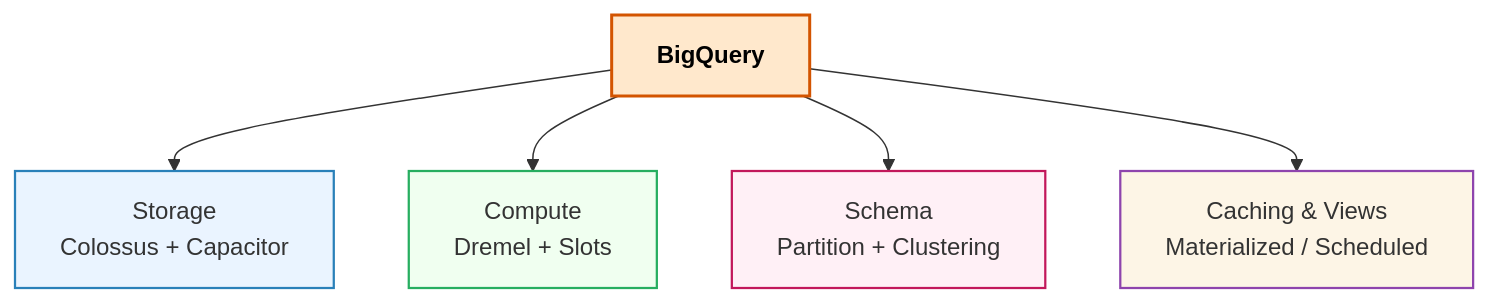
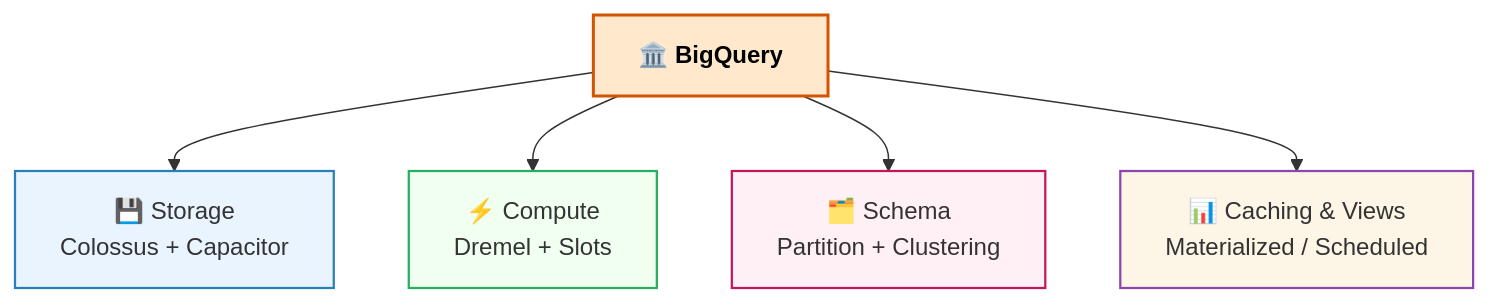
The second of 10 diagrams in GCP-interview.md (blaire101/DE2-AWS-Azure-GCP-2025), drawn with Mermaid before and after one commit. The commit also changed other lines of this file, not shown here.

````diff
--- a/GCP-interview.md
+++ b/GCP-interview.md
@@ -60,24 +60,24 @@
 ```mermaid
 flowchart TB
     %% ===== Styles =====
     classDef main fill:#ffe8cc,stroke:#d35400,stroke-width:2px,font-weight:bold,color:#000
     classDef storage fill:#eaf4ff,stroke:#2980b9,stroke-width:1.5px
     classDef compute fill:#f0fff0,stroke:#27ae60,stroke-width:1.5px
     classDef schema fill:#fff0f6,stroke:#c2185b,stroke-width:1.5px
     classDef cache fill:#fdf5e6,stroke:#8e44ad,stroke-width:1.5px
 
     %% ===== Main Node =====
-    A[BigQuery]:::main
+    A[🏛️ BigQuery]:::main
 
     %% ===== Sub Nodes =====
-    B[Storage<br>Colossus + Capacitor]:::storage
-    C[Compute<br>Dremel + Slots]:::compute
-    D[Schema<br>Partition + Clustering]:::schema
-    E[Caching & Views<br>Materialized / Scheduled]:::cache
+    B[💾 Storage<br>Colossus + Capacitor]:::storage
+    C[⚡ Compute<br>Dremel + Slots]:::compute
+    D[🗂️ Schema<br>Partition + Clustering]:::schema
+    E[📊 Caching & Views<br>Materialized / Scheduled]:::cache
 
     %% ===== Layout =====
     A --> B
     A --> C
     A --> D
     A --> E
 ```
````
